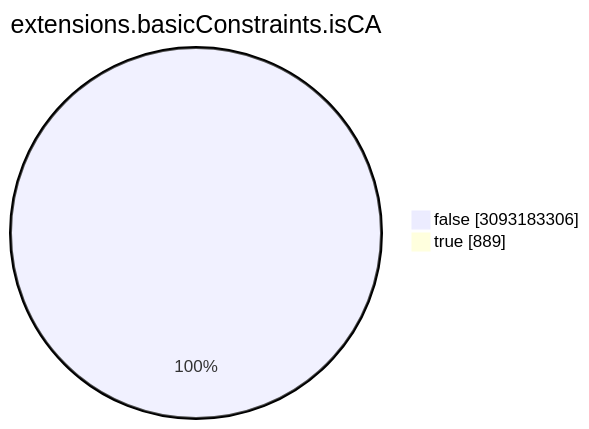
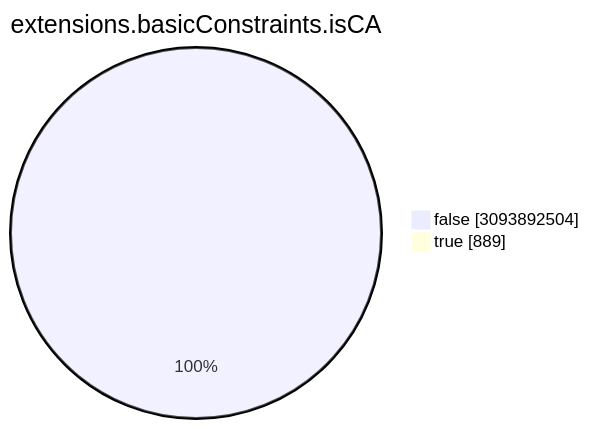
One commit to christiankrug/ctmonitor_visualization changed the seventh of 15 diagrams in TOTAL/README.md. Above: the diagram before and after it, drawn with Mermaid. The commit also changed other lines of this file, not shown here.

````diff
--- a/TOTAL/README.md
+++ b/TOTAL/README.md
@@ -3088,6 +3088,6 @@
 ```mermaid
 pie showData
 title extensions.basicConstraints.isCA
-"false" :3093183306
+"false" :3093892504
 "true" :889
 ```
````
